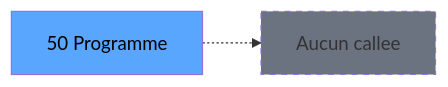
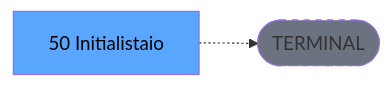
The third of 3 diagrams in .openspec/renders/ADH-IDE-50.md (thonyAGP/lecteur-magic), drawn with Mermaid before and after one commit. The commit also changed other lines of this file and 701 other files, not shown here.

````diff
--- a/.openspec/renders/ADH-IDE-50.md
+++ b/.openspec/renders/ADH-IDE-50.md
@@ -140,8 +134,8 @@
 ```mermaid
 graph LR
-    T[50 Programme]
-    NONE[Aucun callee]
-    T -.-> NONE
+    T[50   Initialistaio]
+    TERM([TERMINAL])
+    T -.-> TERM
+    style TERM fill:#6b7280,stroke-dasharray: 5 5
     style T fill:#58a6ff,color:#000
-    style NONE fill:#6b7280,stroke-dasharray: 5 5
 ```
````
